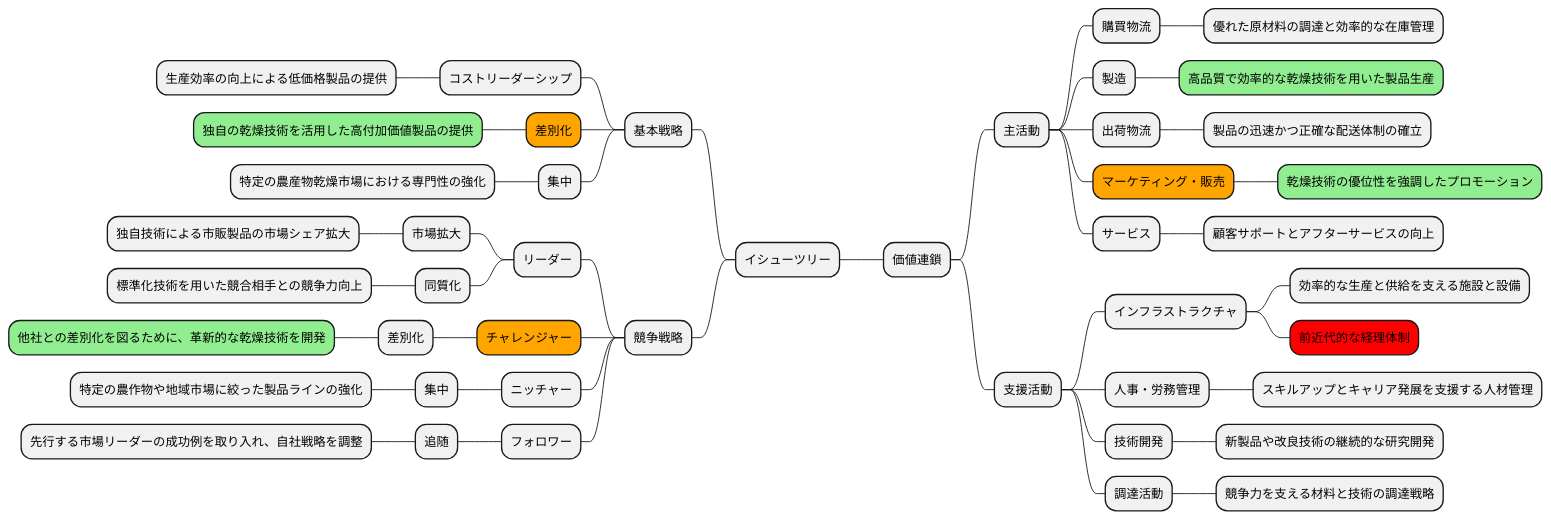
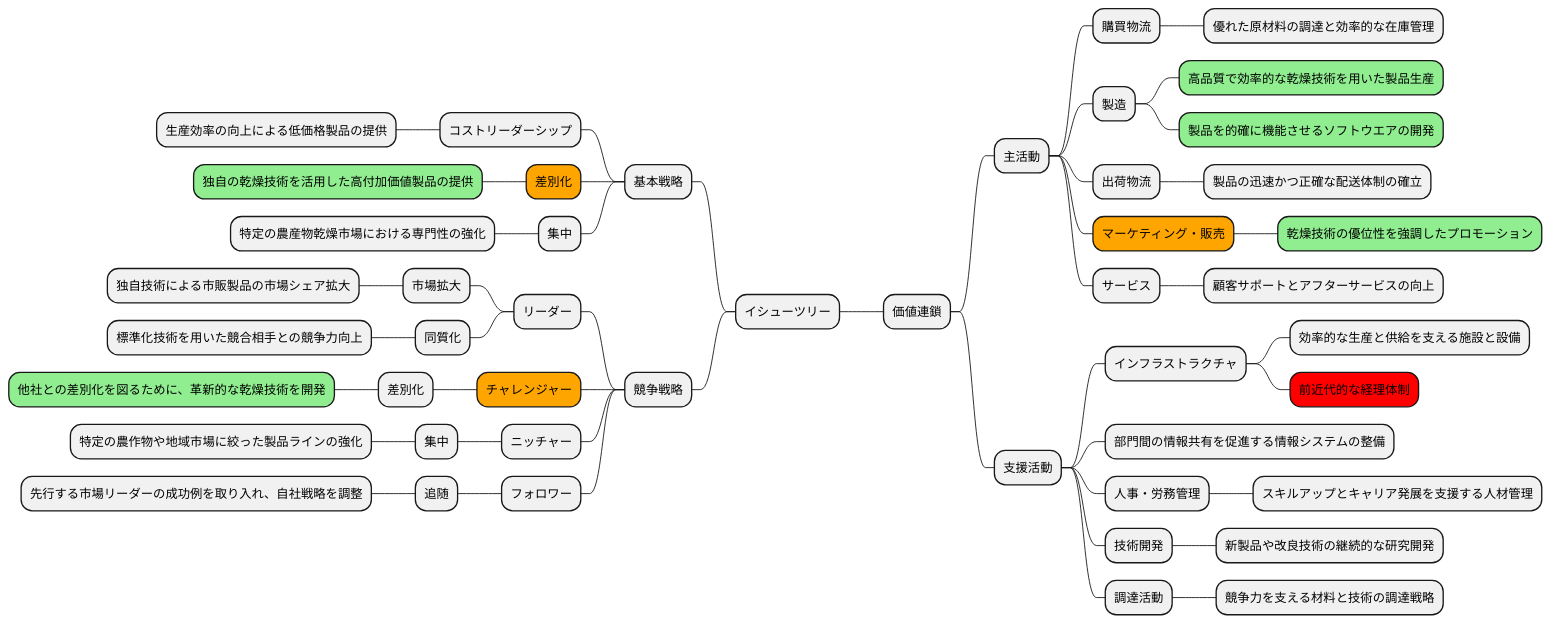
Diagram 11 of 19 in docs/case/r01_case_1.adoc (k2works/case-sutudy-business-analysis), drawn with PlantUML before and after one commit. The commit also changed other lines of this file, not shown here.

```diff
--- a/docs/case/r01_case_1.adoc
+++ b/docs/case/r01_case_1.adoc
@@ -354,54 +356,56 @@
 [plantuml]
 ----
 @startmindmap
 
 * イシューツリー
 left side
 ** 基本戦略
 *** コストリーダーシップ
 **** 生産効率の向上による低価格製品の提供
 ***[#orange] 差別化
 ****[#lightgreen] 独自の乾燥技術を活用した高付加価値製品の提供
 *** 集中
 **** 特定の農産物乾燥市場における専門性の強化
 ** 競争戦略
 *** リーダー
 **** 市場拡大
 ***** 独自技術による市販製品の市場シェア拡大
 **** 同質化
 ***** 標準化技術を用いた競合相手との競争力向上
 ***[#orange] チャレンジャー
 **** 差別化
 *****[#lightgreen] 他社との差別化を図るために、革新的な乾燥技術を開発
 *** ニッチャー
 **** 集中
 ***** 特定の農作物や地域市場に絞った製品ラインの強化
 *** フォロワー
 **** 追随
 ***** 先行する市場リーダーの成功例を取り入れ、自社戦略を調整
 right side
 ** 価値連鎖
 *** 主活動
 **** 購買物流
 ***** 優れた原材料の調達と効率的な在庫管理
 **** 製造
 *****[#lightgreen] 高品質で効率的な乾燥技術を用いた製品生産
+*****[#lightgreen] 製品を的確に機能させるソフトウエアの開発
 **** 出荷物流
 ***** 製品の迅速かつ正確な配送体制の確立
 ****[#orange] マーケティング・販売
 *****[#lightgreen] 乾燥技術の優位性を強調したプロモーション
 **** サービス
 ***** 顧客サポートとアフターサービスの向上
 *** 支援活動
 **** インフラストラクチャ
 ***** 効率的な生産と供給を支える施設と設備
 *****[#red] 前近代的な経理体制
+**** 部門間の情報共有を促進する情報システムの整備
 **** 人事・労務管理
 ***** スキルアップとキャリア発展を支援する人材管理
 **** 技術開発
 ***** 新製品や改良技術の継続的な研究開発
 **** 調達活動
 ***** 競争力を支える材料と技術の調達戦略
 
 @endmindmap
 ----
```
